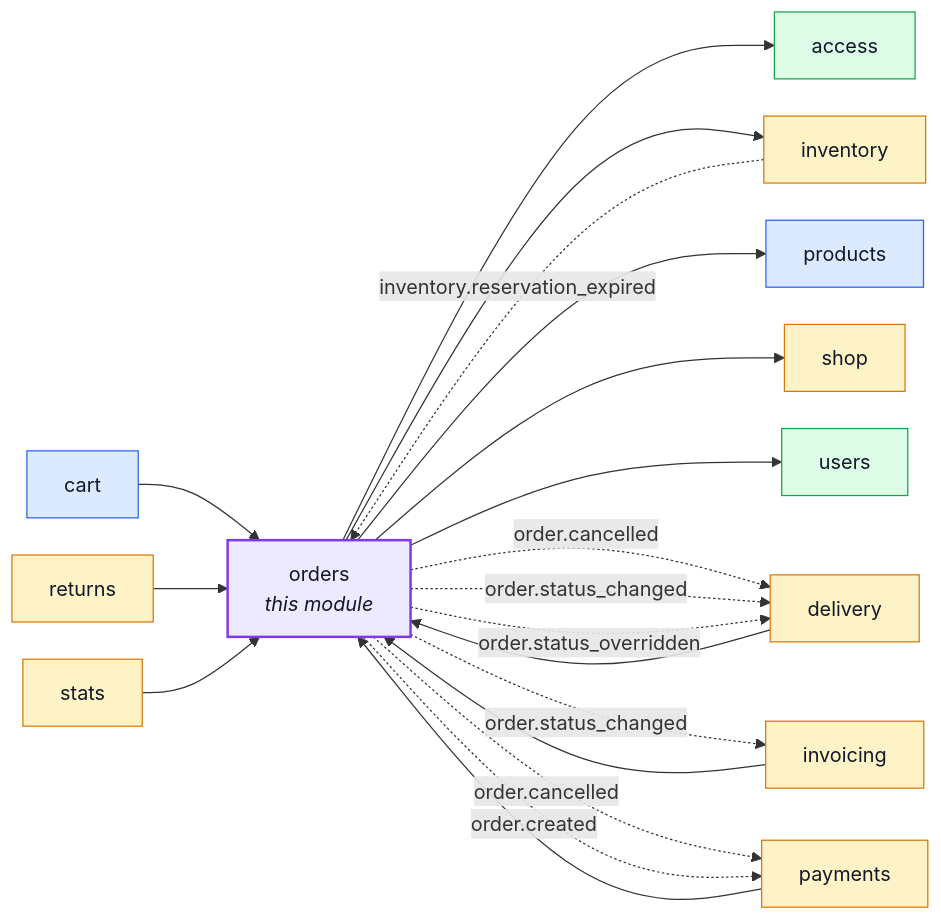
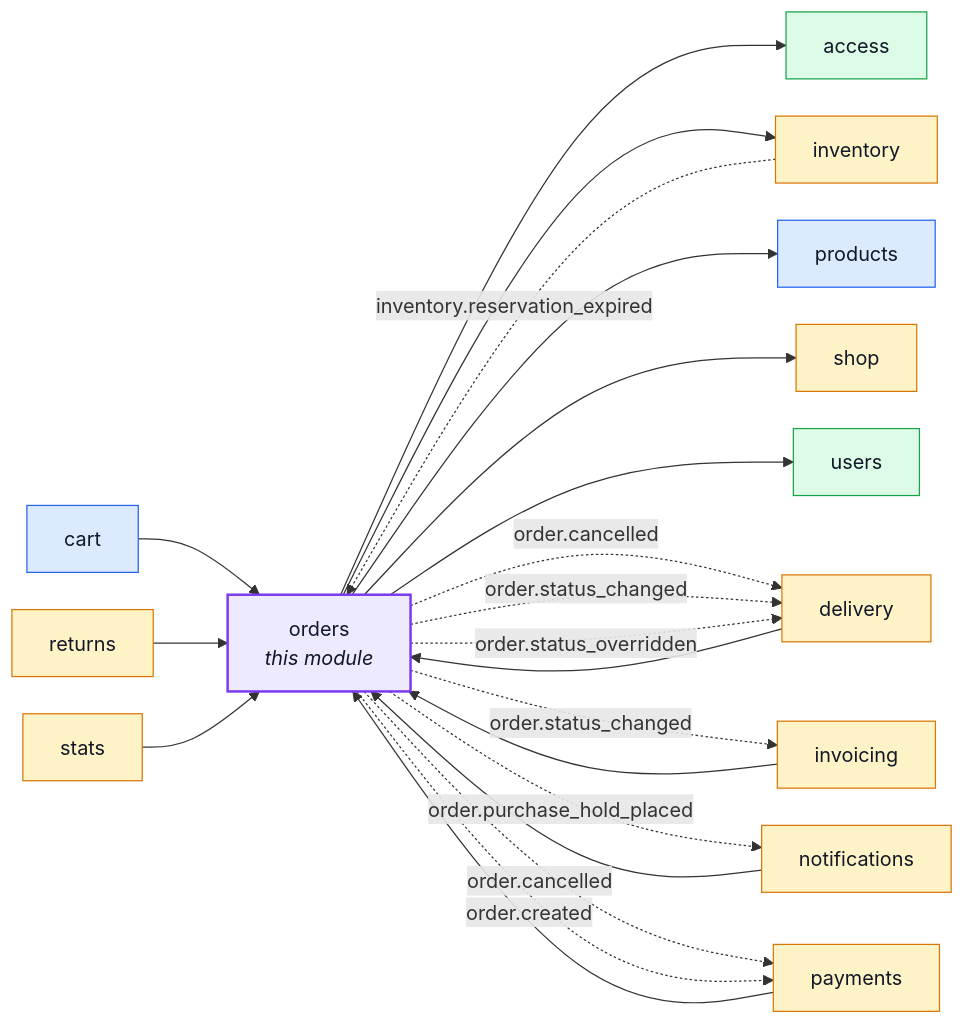
Before and after one commit to Guebbit/boilerplate-node-backend: the first of 9 diagrams in docs/modules/orders.md, drawn with Mermaid. The commit also changed other lines of this file and 60 other files, not shown here.

````diff
--- a/docs/modules/orders.md
+++ b/docs/modules/orders.md
@@ -16,44 +16,47 @@
 ```mermaid
 %%{init: {'flowchart': {'nodeSpacing': 30, 'rankSpacing': 60}}}%%
 flowchart LR
     orders["orders<br/><i>this module</i>"]
     access["access"]
     cart["cart"]
     delivery["delivery"]
     inventory["inventory"]
     invoicing["invoicing"]
+    notifications["notifications"]
     payments["payments"]
     products["products"]
     returns["returns"]
     shop["shop"]
     stats["stats"]
     users["users"]
 
     cart --> orders
     delivery --> orders
     invoicing --> orders
+    notifications --> orders
     payments --> orders
     returns --> orders
     stats --> orders
     orders --> access
     orders --> inventory
     orders --> products
     orders --> shop
     orders --> users
     inventory -. "inventory.reservation_expired" .-> orders
     orders -. "order.cancelled" .-> delivery
     orders -. "order.status_changed" .-> delivery
     orders -. "order.status_overridden" .-> delivery
     orders -. "order.status_changed" .-> invoicing
+    orders -. "order.purchase_hold_placed" .-> notifications
     orders -. "order.cancelled" .-> payments
     orders -. "order.created" .-> payments
 
     classDef core fill:#dbeafe,stroke:#2563eb,color:#111827;
     classDef supporting fill:#fef3c7,stroke:#d97706,color:#111827;
     classDef generic fill:#dcfce7,stroke:#16a34a,color:#111827;
     classDef centre fill:#ede9fe,stroke:#7c3aed,stroke-width:2px,color:#111827;
     class cart,products core;
-    class delivery,inventory,invoicing,payments,returns,shop,stats supporting;
+    class delivery,inventory,invoicing,notifications,payments,returns,shop,stats supporting;
     class access,users generic;
     class orders centre;
 ```
````
